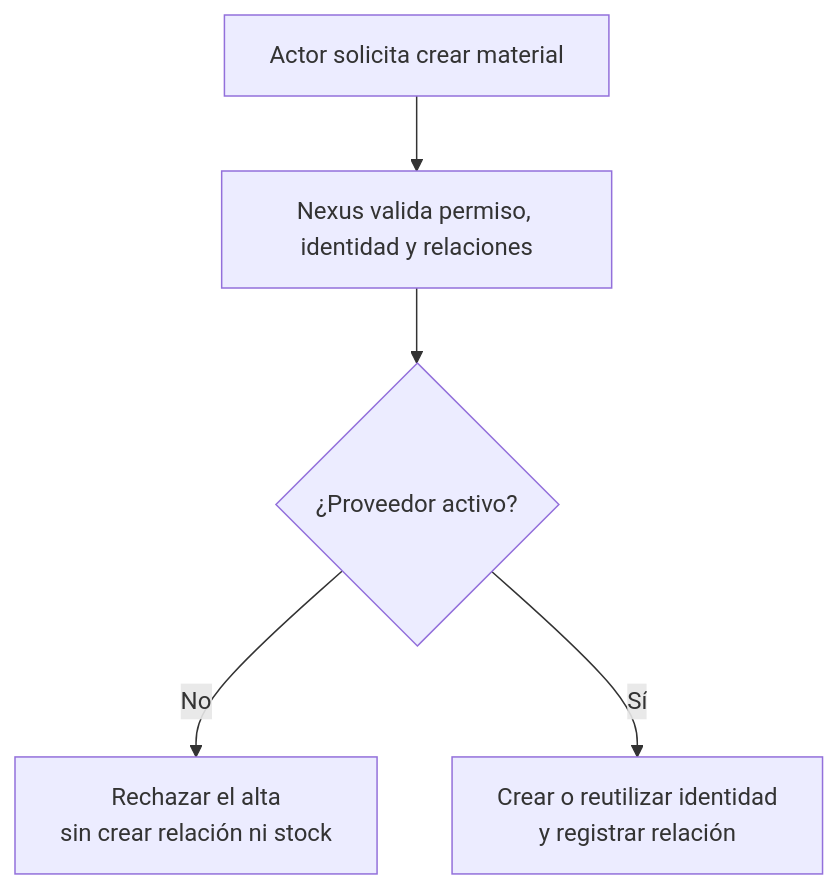
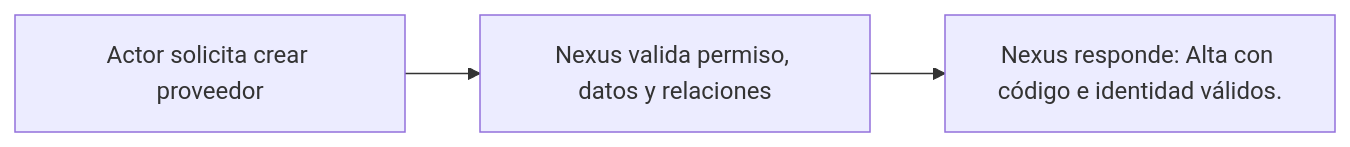
The diagram in docs/requirements/diagrams/catalogs/cu-cat-02.md (gpgsistemas01/nexus), drawn with Mermaid before and after one commit. The commit also changed other lines of this file and 287 other files, not shown here.

````diff
--- a/docs/requirements/diagrams/catalogs/cu-cat-02.md
+++ b/docs/requirements/diagrams/catalogs/cu-cat-02.md
@@ -3,7 +3,5 @@
 ```mermaid
-flowchart TD
-    request["Actor solicita crear material"] --> validate["Nexus valida permiso, identidad y relaciones"]
-    validate --> active{"¿Proveedor activo?"}
-    active -->|No| reject["Rechazar el alta<br/>sin crear relación ni stock"]
-    active -->|Sí| result["Crear o reutilizar identidad<br/>y registrar relación"]
+flowchart LR
+    request["Actor solicita crear proveedor"] --> validate["Nexus valida permiso, datos y relaciones"]
+    validate --> result["Nexus responde: Alta con código e identidad válidos."]
 ```
````
